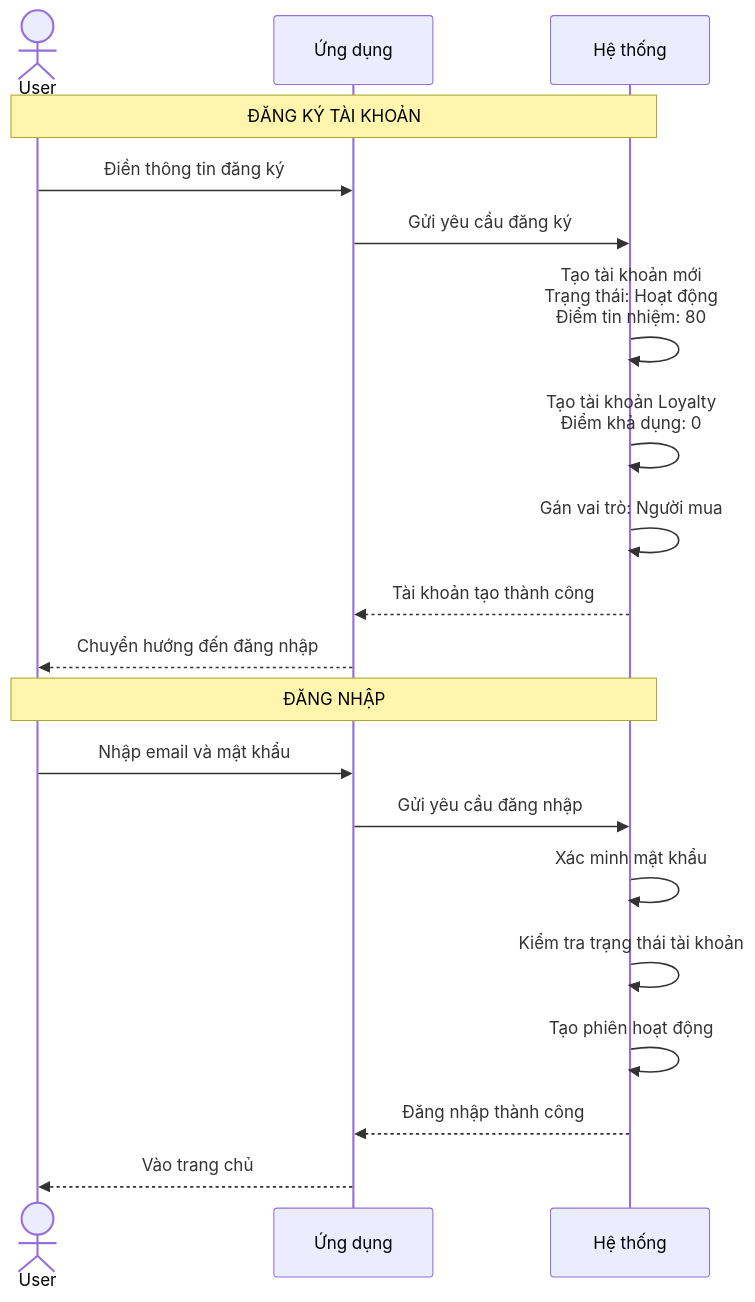
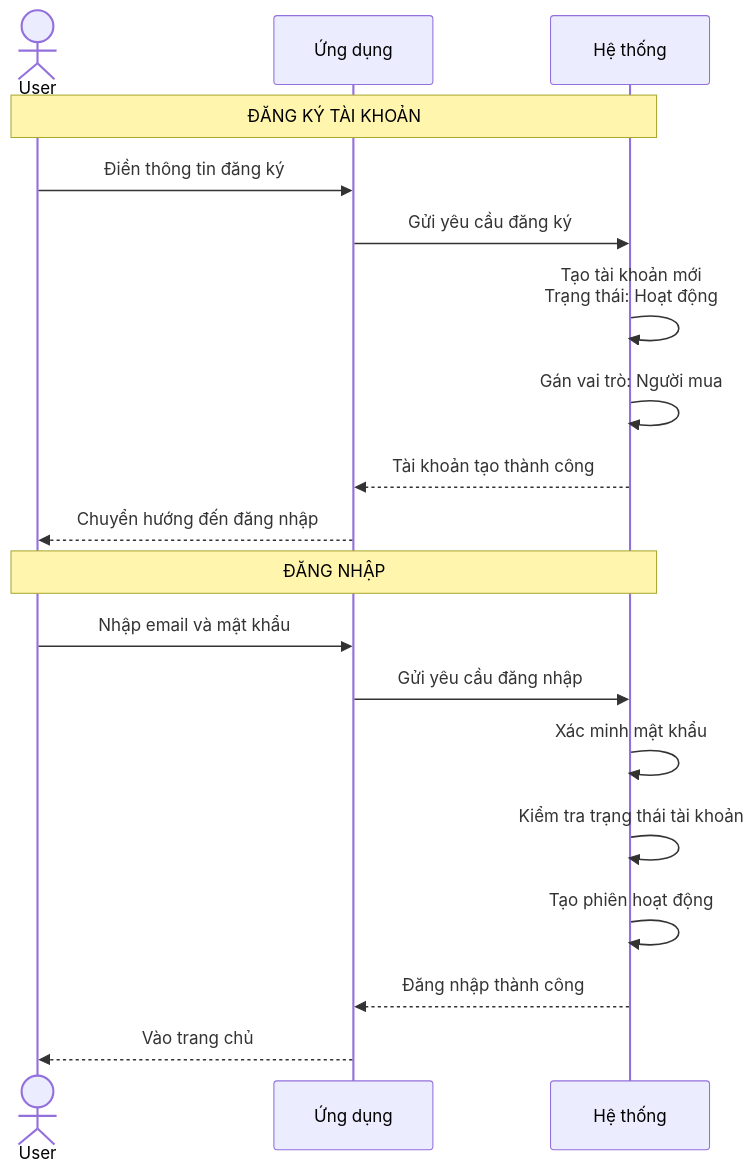
One commit to ldqanh1408/stealing-from-paradise changed the third of 18 diagrams in docs/07_BUSINESS_FLOWS.md. Above: the diagram before and after it, drawn with Mermaid. The commit also changed other lines of this file and 52 other files, not shown here.

````diff
--- a/docs/07_BUSINESS_FLOWS.md
+++ b/docs/07_BUSINESS_FLOWS.md
@@ -124,24 +123,23 @@
 ```mermaid
 sequenceDiagram
     actor User
     participant FE as Ứng dụng
     participant System as Hệ thống
 
     Note over User,System: ĐĂNG KÝ TÀI KHOẢN
     User->>FE: Điền thông tin đăng ký
     FE->>System: Gửi yêu cầu đăng ký
-    System->>System: Tạo tài khoản mới<br>Trạng thái: Hoạt động<br>Điểm tin nhiệm: 80
-    System->>System: Tạo tài khoản Loyalty<br>Điểm khả dụng: 0
+    System->>System: Tạo tài khoản mới<br>Trạng thái: Hoạt động
     System->>System: Gán vai trò: Người mua
     System-->>FE: Tài khoản tạo thành công
     FE-->>User: Chuyển hướng đến đăng nhập
 
     Note over User,System: ĐĂNG NHẬP
     User->>FE: Nhập email và mật khẩu
     FE->>System: Gửi yêu cầu đăng nhập
     System->>System: Xác minh mật khẩu
     System->>System: Kiểm tra trạng thái tài khoản
     System->>System: Tạo phiên hoạt động
     System-->>FE: Đăng nhập thành công
     FE-->>User: Vào trang chủ
 ```
````
